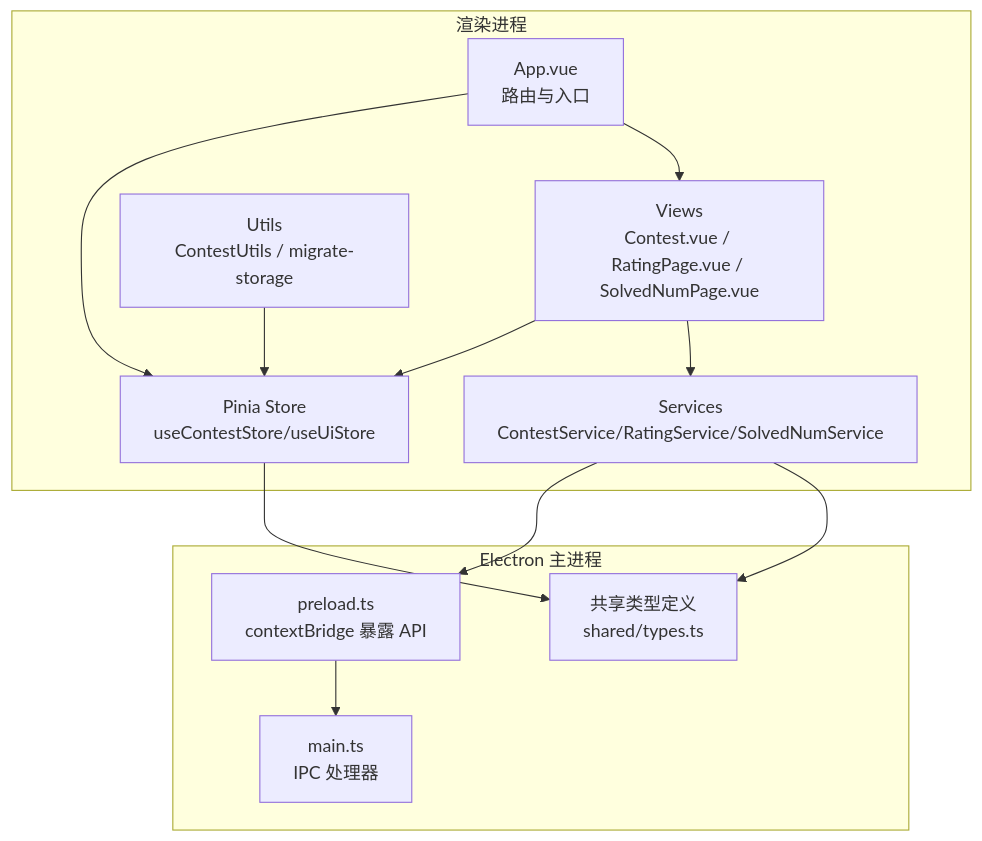
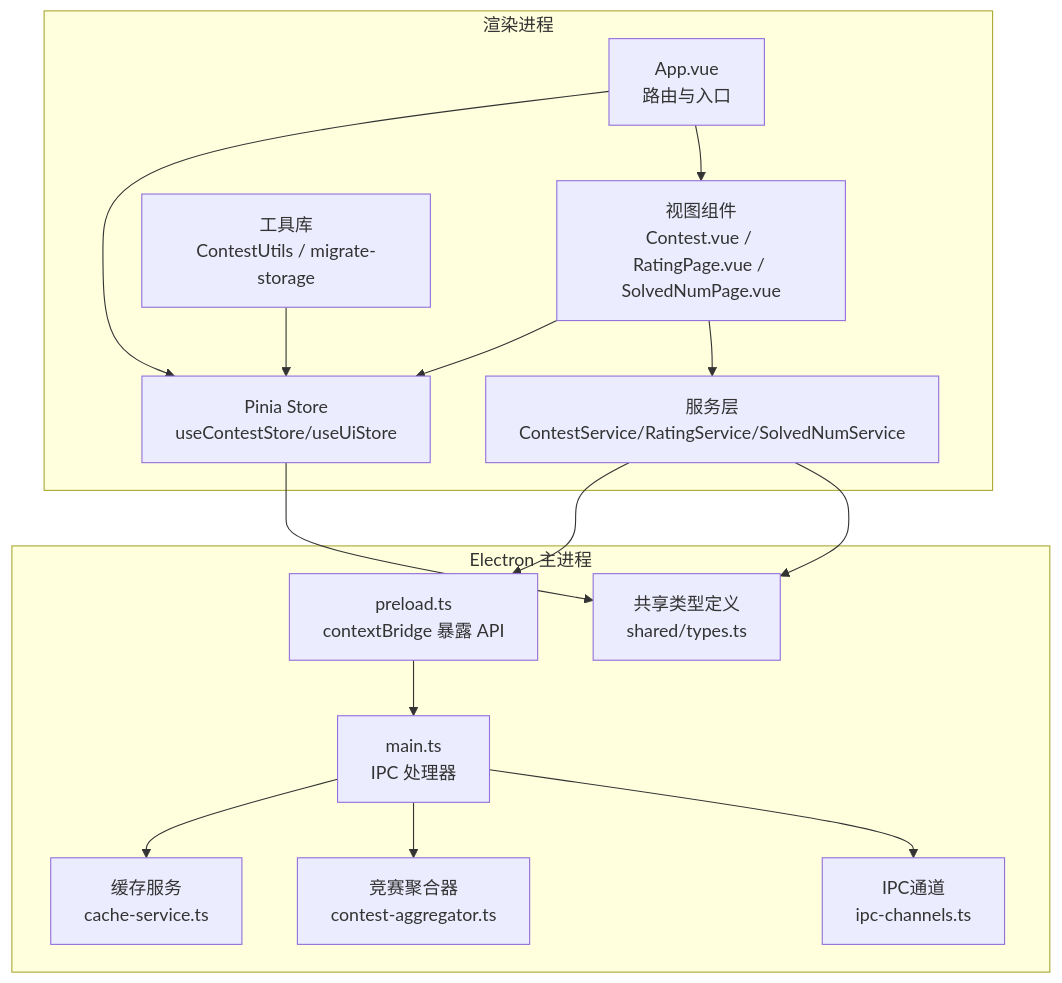
The first of 10 diagrams in .qoder/repowiki/zh/content/架构设计/数据流架构.md (Siborne/OJFlow), drawn with Mermaid before and after one commit. The commit also changed other lines of this file and 23 other files, not shown here.

````diff
--- a/.qoder/repowiki/zh/content/架构设计/数据流架构.md
+++ b/.qoder/repowiki/zh/content/架构设计/数据流架构.md
@@ -39,24 +51,30 @@
 ```mermaid
 graph TB
 subgraph "渲染进程"
 A["App.vue<br/>路由与入口"]
 B["Pinia Store<br/>useContestStore/useUiStore"]
-C["Services<br/>ContestService/RatingService/SolvedNumService"]
-D["Views<br/>Contest.vue / RatingPage.vue / SolvedNumPage.vue"]
-E["Utils<br/>ContestUtils / migrate-storage"]
+C["服务层<br/>ContestService/RatingService/SolvedNumService"]
+D["视图组件<br/>Contest.vue / RatingPage.vue / SolvedNumPage.vue"]
+E["工具库<br/>ContestUtils / migrate-storage"]
 end
 subgraph "Electron 主进程"
 F["main.ts<br/>IPC 处理器"]
 G["preload.ts<br/>contextBridge 暴露 API"]
 H["共享类型定义<br/>shared/types.ts"]
+I["缓存服务<br/>cache-service.ts"]
+J["竞赛聚合器<br/>contest-aggregator.ts"]
+K["IPC通道<br/>ipc-channels.ts"]
 end
 A --> B
 A --> D
 D --> B
 D --> C
 C --> G
 G --> F
 B --> H
 C --> H
 E --> B
+F --> I
+F --> J
+F --> K
 ```
````
